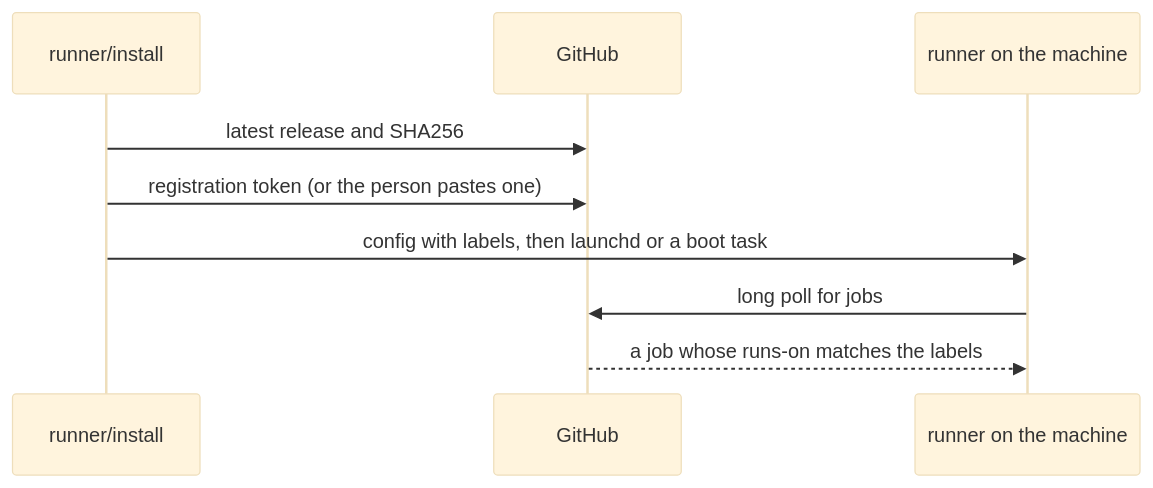
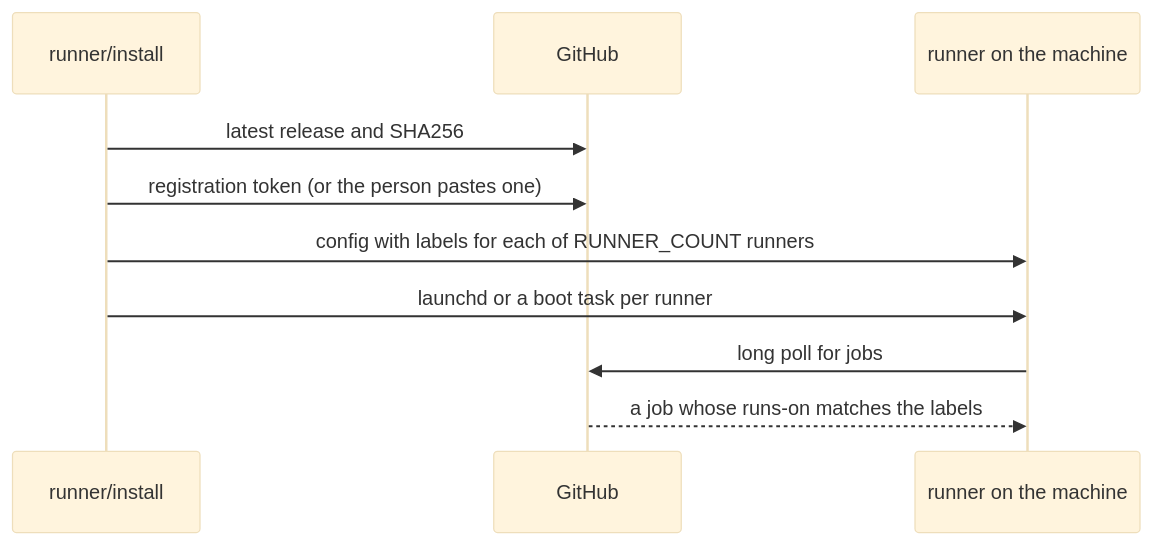
One commit to workbench-soft/local-ci changed the second of 3 diagrams in docs/architecture.md. Above: the diagram before and after it, drawn with Mermaid (base theme). The commit also changed other lines of this file and 4 other files, not shown here.

Commit message:
Runner: wait for a running job before a restart, docs and changelog for several runners

````diff
--- a/docs/architecture.md
+++ b/docs/architecture.md
@@ -44,11 +44,12 @@
 ```mermaid
 sequenceDiagram
   participant S as runner/install
   participant G as GitHub
   participant R as runner on the machine
   S->>G: latest release and SHA256
   S->>G: registration token (or the person pastes one)
-  S->>R: config with labels, then launchd or a boot task
+  S->>R: config with labels for each of RUNNER_COUNT runners
+  S->>R: launchd or a boot task per runner
   R->>G: long poll for jobs
   G-->>R: a job whose runs-on matches the labels
 ```
````
